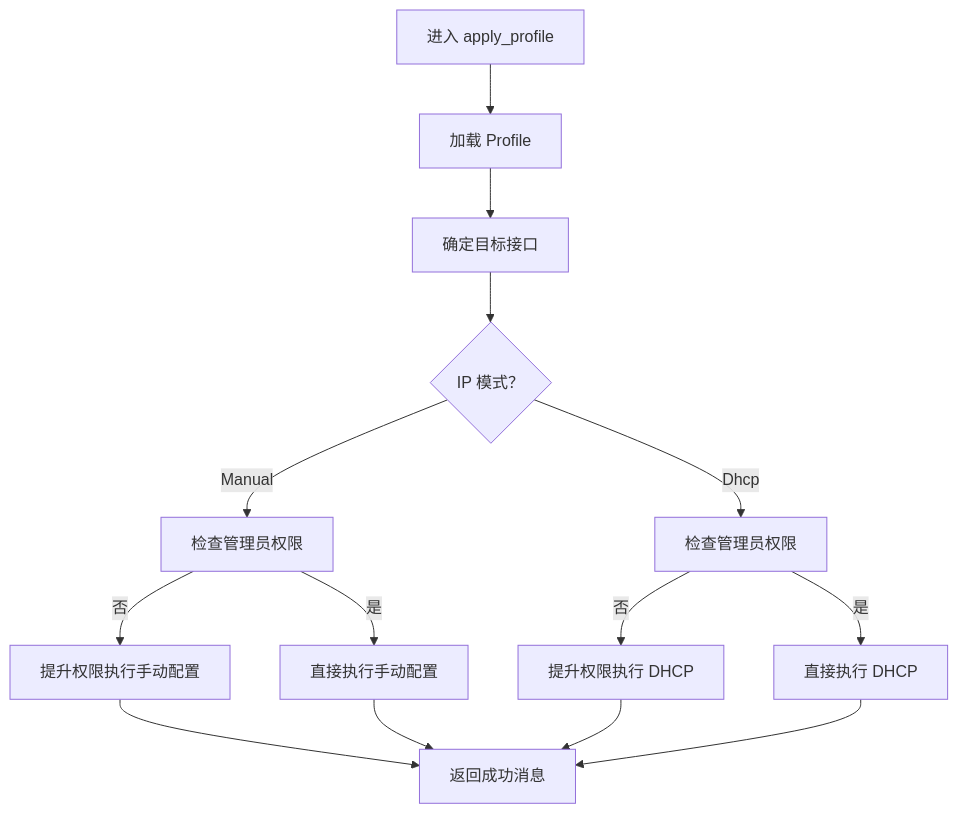
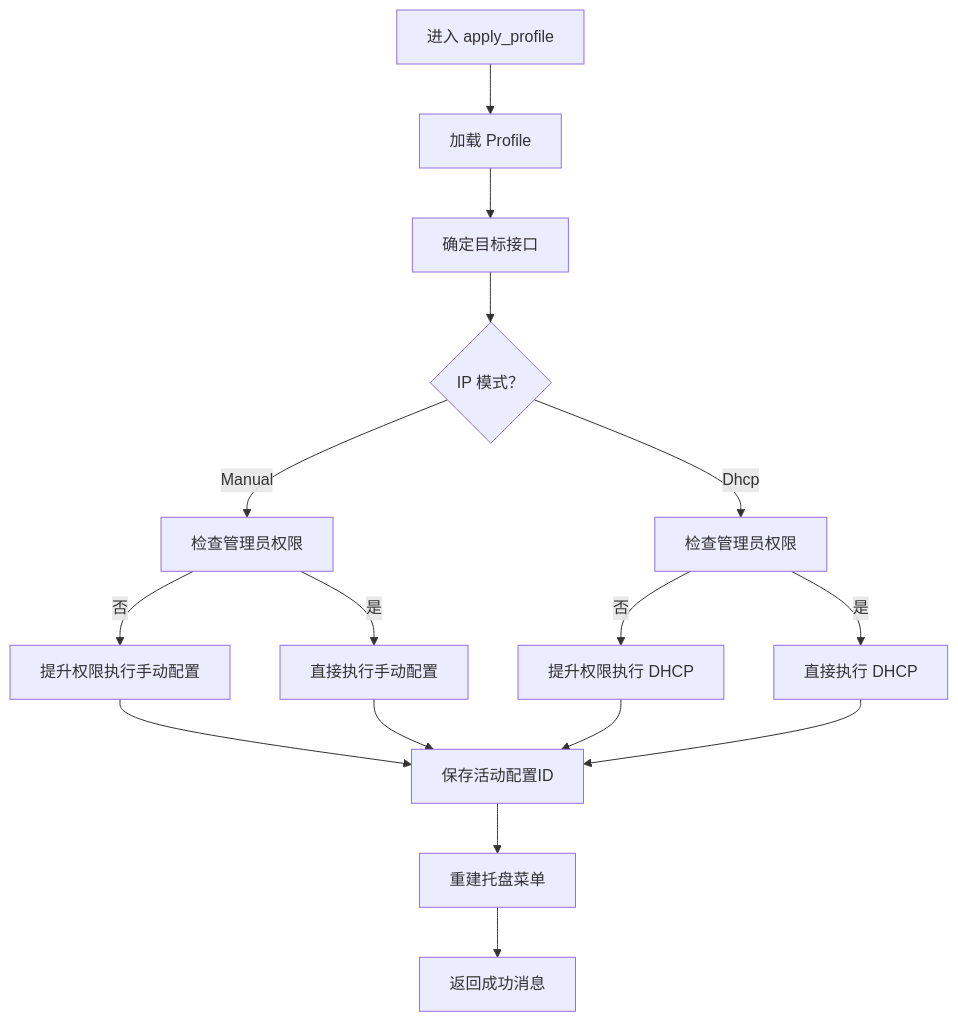
Before and after one commit to xdongliang/IPSwitcher: the fourth of 6 diagrams in .qoder/repowiki/zh/content/后端开发指南/后端开发指南.md, drawn with Mermaid. The commit also changed other lines of this file and 3 other files, not shown here.

````diff
--- a/.qoder/repowiki/zh/content/后端开发指南/后端开发指南.md
+++ b/.qoder/repowiki/zh/content/后端开发指南/后端开发指南.md
@@ -182,16 +214,18 @@
 ```mermaid
 flowchart TD
 A["进入 apply_profile"] --> Load["加载 Profile"]
 Load --> ChooseIface["确定目标接口"]
 ChooseIface --> Mode{"IP 模式？"}
 Mode --> |Manual| CheckPermM["检查管理员权限"]
 CheckPermM --> |否| ElevateM["提升权限执行手动配置"]
 CheckPermM --> |是| ExecM["直接执行手动配置"]
 Mode --> |Dhcp| CheckPermD["检查管理员权限"]
 CheckPermD --> |否| ElevateD["提升权限执行 DHCP"]
 CheckPermD --> |是| ExecD["直接执行 DHCP"]
-ElevateM --> OK["返回成功消息"]
-ExecM --> OK
-ElevateD --> OK
-ExecD --> OK
+ElevateM --> SaveActive["保存活动配置ID"]
+ExecM --> SaveActive
+ElevateD --> SaveActive
+ExecD --> SaveActive
+SaveActive --> RebuildTray["重建托盘菜单"]
+RebuildTray --> OK["返回成功消息"]
 ```
````
